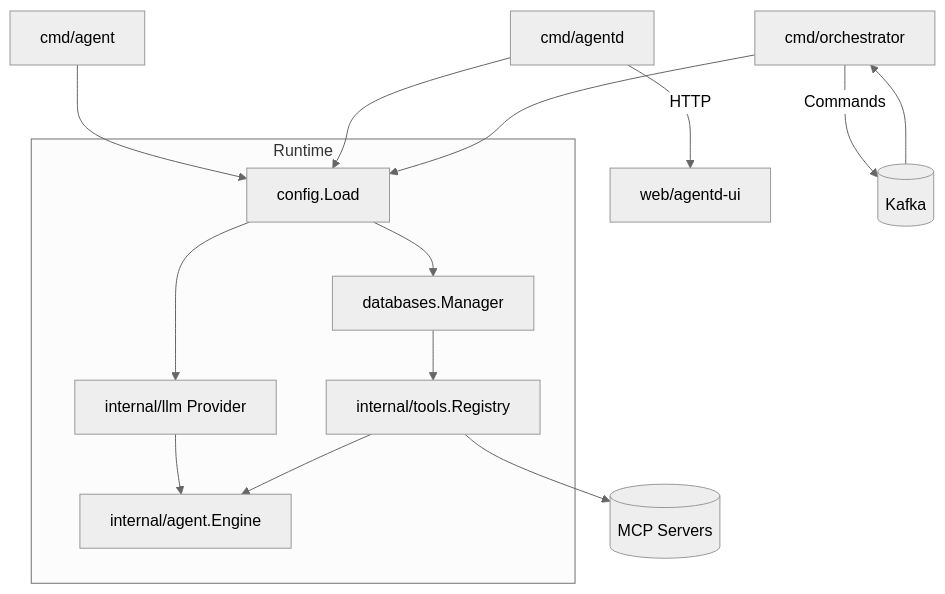
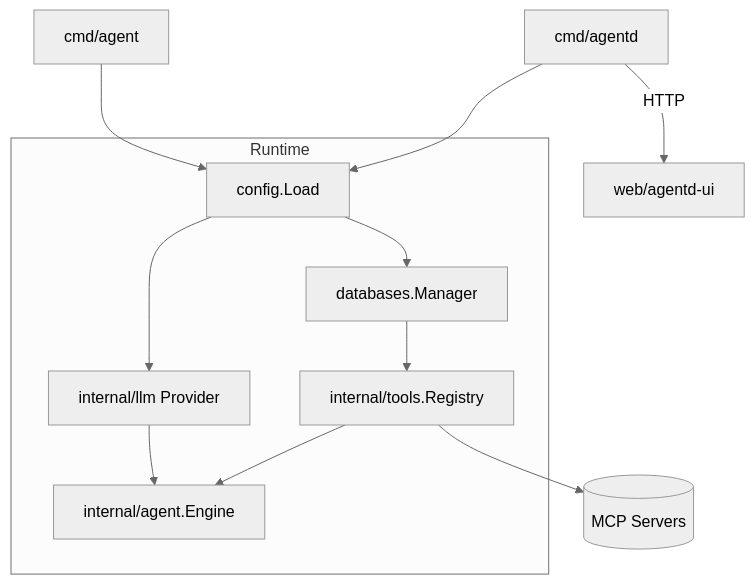
One commit to intelligencedev/manifold changed the diagram in docs/wiki/architecture.md. Above: the diagram before and after it, drawn with Mermaid (neutral theme). The commit also changed other lines of this file and 57 other files, not shown here.

````diff
--- a/docs/wiki/architecture.md
+++ b/docs/wiki/architecture.md
@@ -25,26 +23,22 @@
   ```mermaid
   graph TD
     subgraph Runtime
       CFG[config.Load]
       LLM[internal/llm Provider]
       TOOLS[internal/tools.Registry]
       AGENG[internal/agent.Engine]
       DBM[databases.Manager]
     end
     CLI[cmd/agent]
     SRV[cmd/agentd]
-    ORCH[cmd/orchestrator]
     UI[web/agentd-ui]
-    Kafka[(Kafka)]
     MCP[(MCP Servers)]
 
     CLI --> CFG --> LLM
     SRV --> CFG
-    ORCH --> CFG
     CFG --> DBM --> TOOLS
     LLM --> AGENG
     TOOLS --> AGENG
     SRV -->|HTTP| UI
-    ORCH -->|Commands| Kafka --> ORCH
     TOOLS --> MCP
   ```
````
